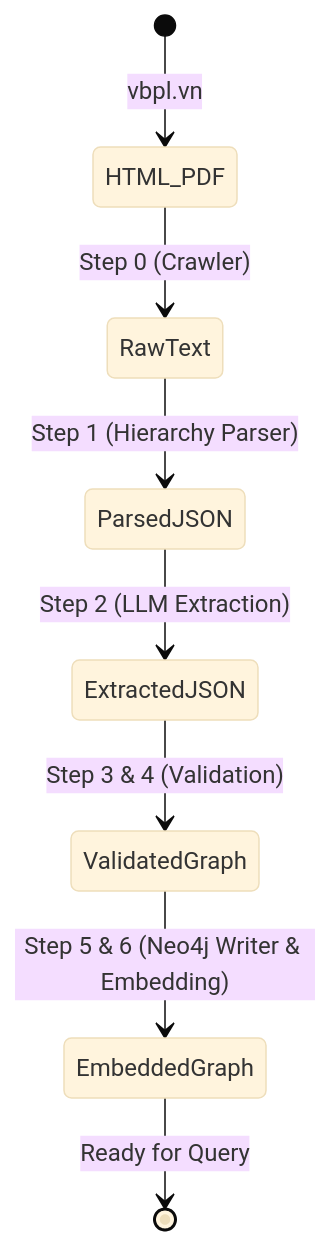
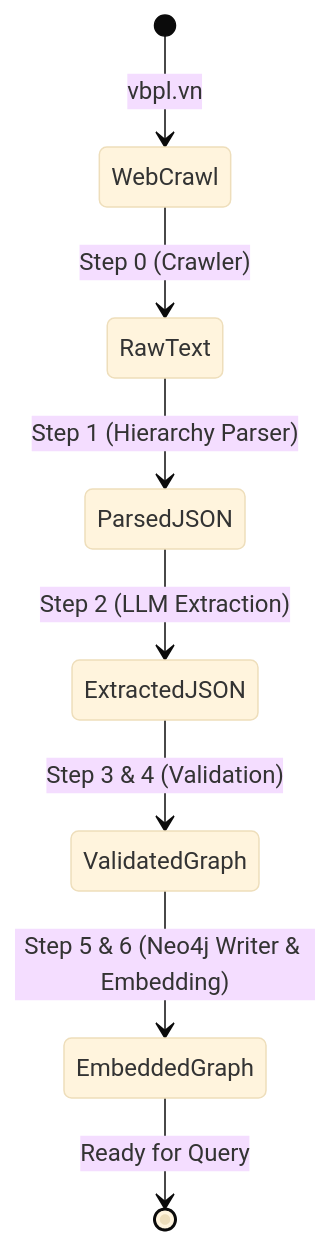
The diagram in plans/04_graph_construction_pipeline.md (legal-graphrag-platform-vn/legal-graphrag-platform-vn), drawn with Mermaid (base theme) before and after one commit. The commit also changed other lines of this file and 12 other files, not shown here.

````diff
--- a/plans/04_graph_construction_pipeline.md
+++ b/plans/04_graph_construction_pipeline.md
@@ -60,10 +60,10 @@
 ```mermaid
 stateDiagram-v2
-    [*] --> HTML_PDF : vbpl.vn
-    HTML_PDF --> RawText : Step 0 (Crawler)
+    [*] --> WebCrawl : vbpl.vn
+    WebCrawl --> RawText : Step 0 (Crawler)
     RawText --> ParsedJSON : Step 1 (Hierarchy Parser)
     ParsedJSON --> ExtractedJSON : Step 2 (LLM Extraction)
     ExtractedJSON --> ValidatedGraph : Step 3 & 4 (Validation)
     ValidatedGraph --> EmbeddedGraph : Step 5 & 6 (Neo4j Writer & Embedding)
     EmbeddedGraph --> [*] : Ready for Query
 ```
````
